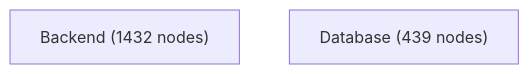
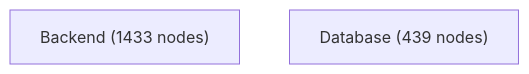
Before and after one commit to jankneumann/agentic-coding-tools: the first of 4 diagrams in docs/architecture-analysis/architecture.report.md, drawn with Mermaid. The commit also changed other lines of this file and 13 other files, not shown here.

First line of the commit message:
chore(roadmap): integrate ready-queue batch — typed-edge migration, statuses, provenance

````diff
--- a/docs/architecture-analysis/architecture.report.md
+++ b/docs/architecture-analysis/architecture.report.md
@@ -509,5 +509,5 @@
 ```mermaid
 flowchart TB
-    Backend["Backend (1432 nodes)"]
+    Backend["Backend (1433 nodes)"]
     Database["Database (439 nodes)"]
 ```
````
